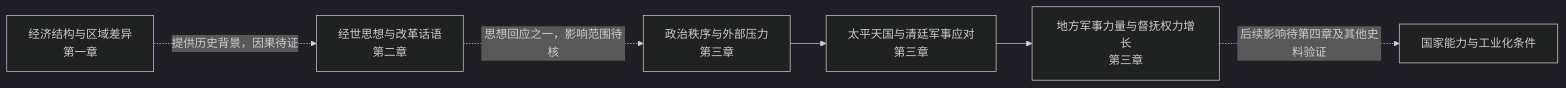
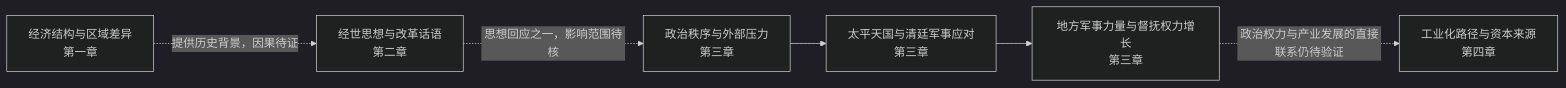
One commit to shuaif266-netizen/Rhizome-Arts-Sociology changed the diagram in humanities-kb/06_跨学科知识链/清末政治危机—地方势力增长—国家权力重组.md. Above: the diagram before and after it, drawn with Mermaid (dark theme). The commit also changed other lines of this file and 12 other files, not shown here.

````diff
--- a/humanities-kb/06_跨学科知识链/清末政治危机—地方势力增长—国家权力重组.md
+++ b/humanities-kb/06_跨学科知识链/清末政治危机—地方势力增长—国家权力重组.md
@@ -16,8 +17,8 @@
 ```mermaid
 flowchart LR
   E[经济结构与区域差异<br/>第一章] -. 提供历史背景，因果待证 .-> I[经世思想与改革话语<br/>第二章]
   I -. 思想回应之一，影响范围待核 .-> P[政治秩序与外部压力<br/>第三章]
   P --> R[太平天国与清廷军事应对<br/>第三章]
   R --> L[地方军事力量与督抚权力增长<br/>第三章]
-  L -. 后续影响待第四章及其他史料验证 .-> S[国家能力与工业化条件]
+  L -. 政治权力与产业发展的直接联系仍待验证 .-> S[工业化路径与资本来源<br/>第四章]
 ```
````
